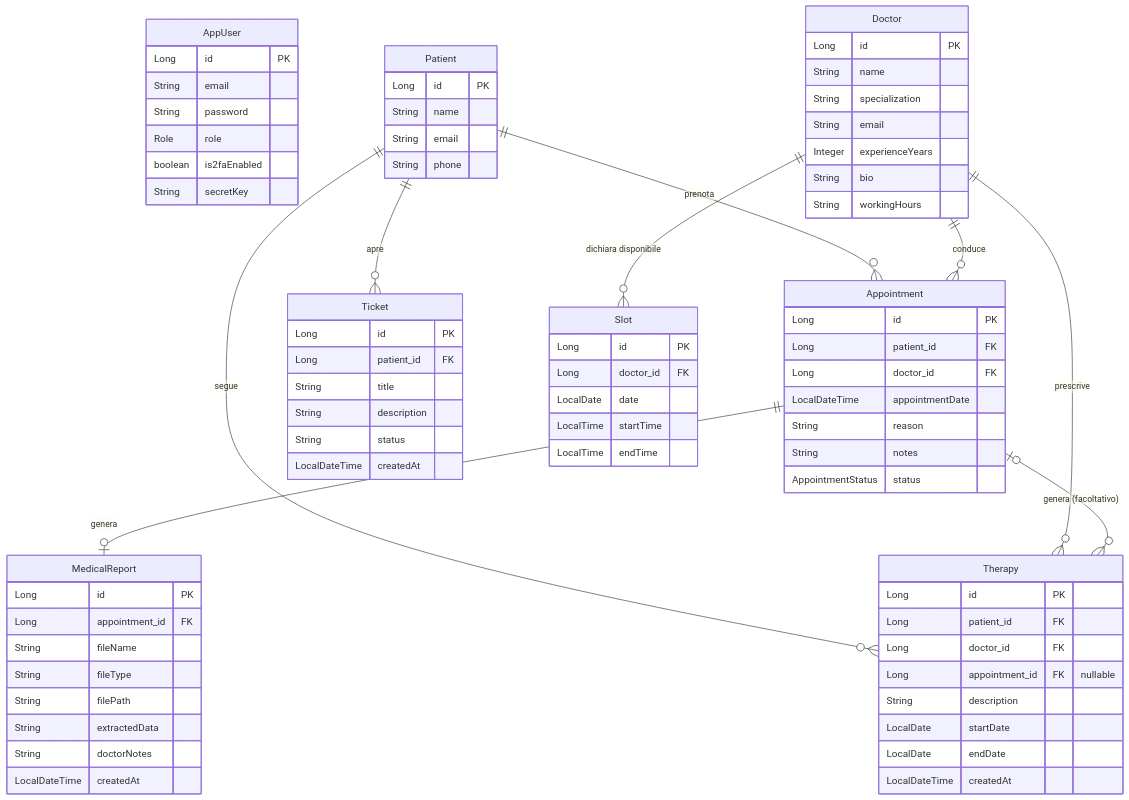
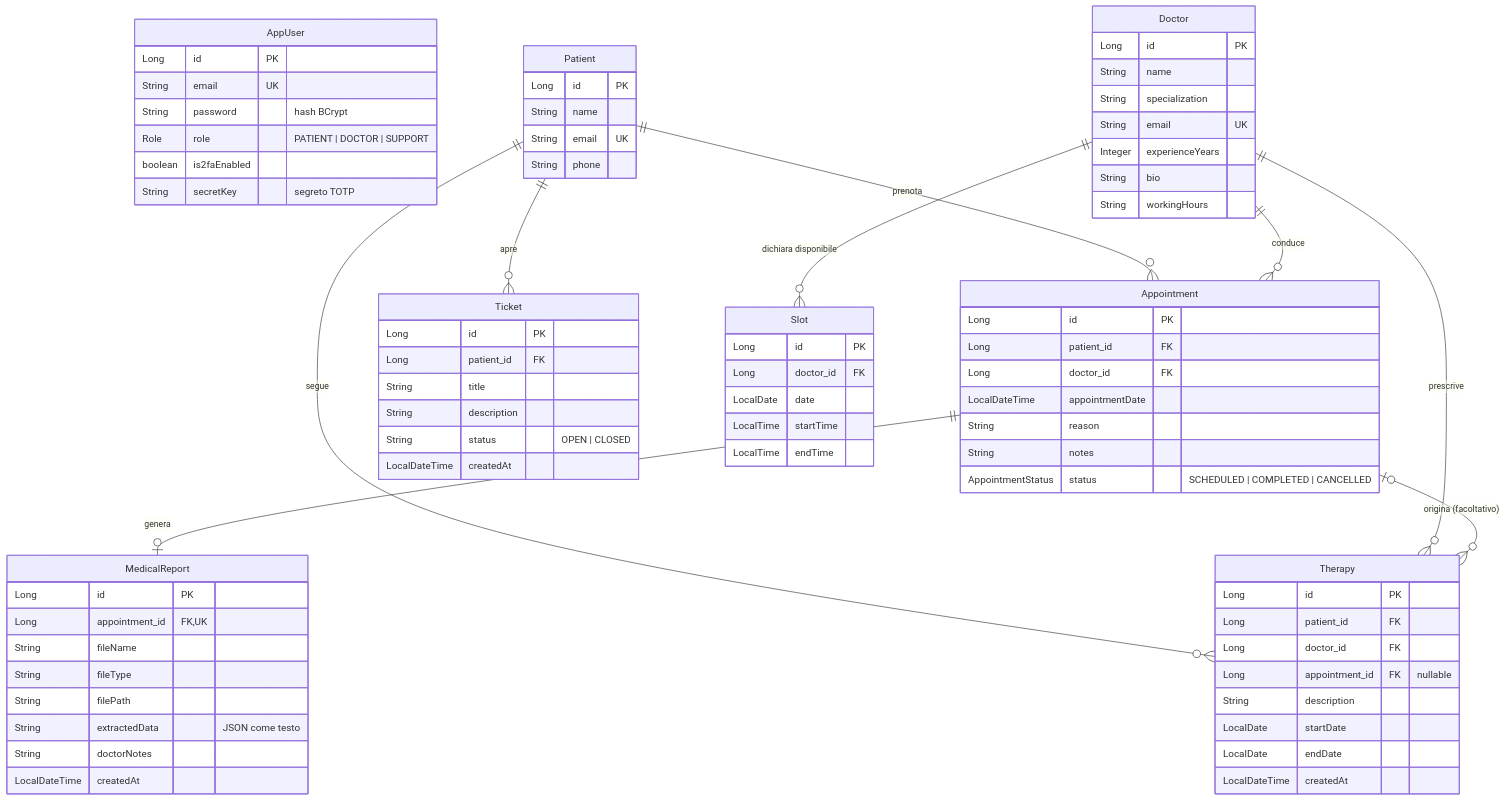
One commit to acapodanno/project-work-l-31 changed the first of 11 diagrams in doc/2-Design_Architetturale.md. Above: the diagram before and after it, drawn with Mermaid. The commit also changed other lines of this file and 32 other files, not shown here.

````diff
--- a/doc/2-Design_Architetturale.md
+++ b/doc/2-Design_Architetturale.md
@@ -12,17 +12,17 @@
 erDiagram
     AppUser {
         Long id PK
-        String email
-        String password
-        Role role
+        String email UK
+        String password "hash BCrypt"
+        Role role "PATIENT | DOCTOR | SUPPORT"
         boolean is2faEnabled
-        String secretKey
+        String secretKey "segreto TOTP"
     }
 
     Patient {
         Long id PK
         String name
-        String email
+        String email UK
         String phone
     }
 
@@ -30,7 +30,7 @@
         Long id PK
         String name
         String specialization
-        String email
+        String email UK
         Integer experienceYears
         String bio
         String workingHours
@@ -43,16 +43,16 @@
         LocalDateTime appointmentDate
         String reason
         String notes
-        AppointmentStatus status
+        AppointmentStatus status "SCHEDULED | COMPLETED | CANCELLED"
     }
 
     MedicalReport {
         Long id PK
-        Long appointment_id FK
+        Long appointment_id FK,UK
         String fileName
         String fileType
         String filePath
-        String extractedData
+        String extractedData "JSON come testo"
         String doctorNotes
         LocalDateTime createdAt
     }
@@ -73,7 +73,7 @@
         Long patient_id FK
         String title
         String description
-        String status
+        String status "OPEN | CLOSED"
         LocalDateTime createdAt
     }
 
@@ -90,7 +90,7 @@
     Appointment ||--o| MedicalReport : "genera"
     Patient ||--o{ Therapy : "segue"
     Doctor ||--o{ Therapy : "prescrive"
-    Appointment |o--o{ Therapy : "genera (facoltativo)"
+    Appointment |o--o{ Therapy : "origina (facoltativo)"
     Patient ||--o{ Ticket : "apre"
     Doctor ||--o{ Slot : "dichiara disponibile"
 ```
````
